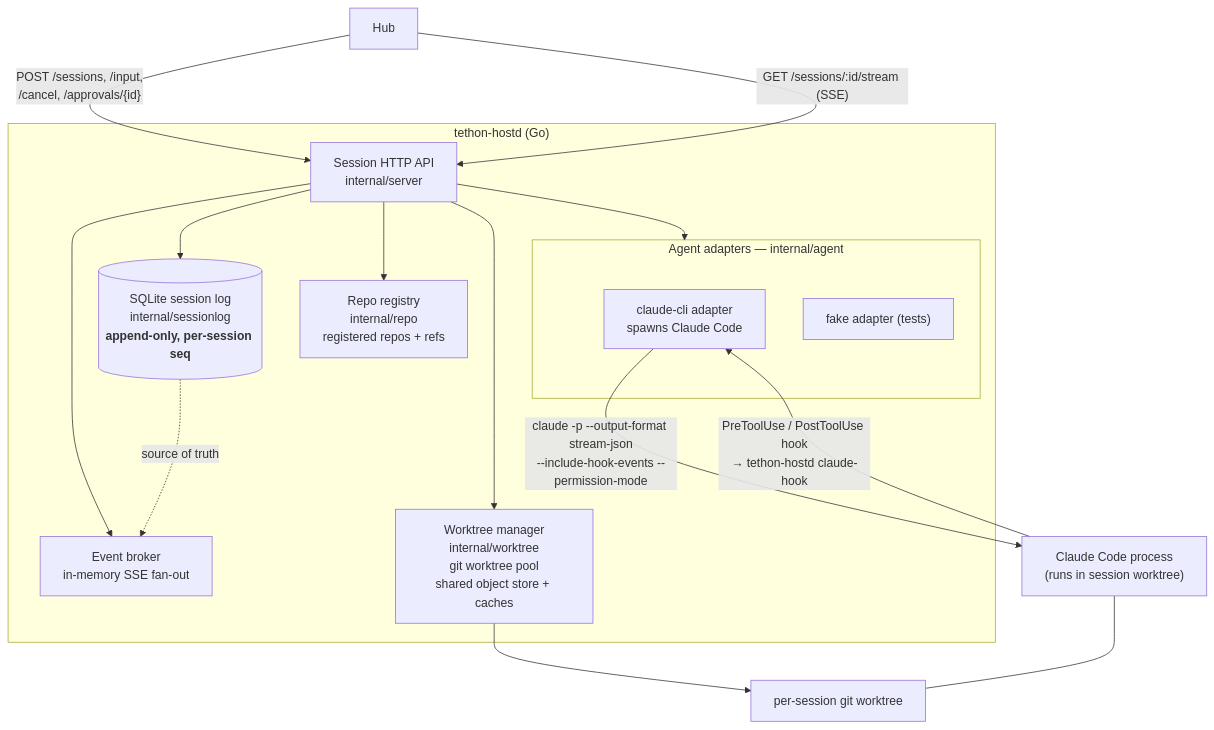
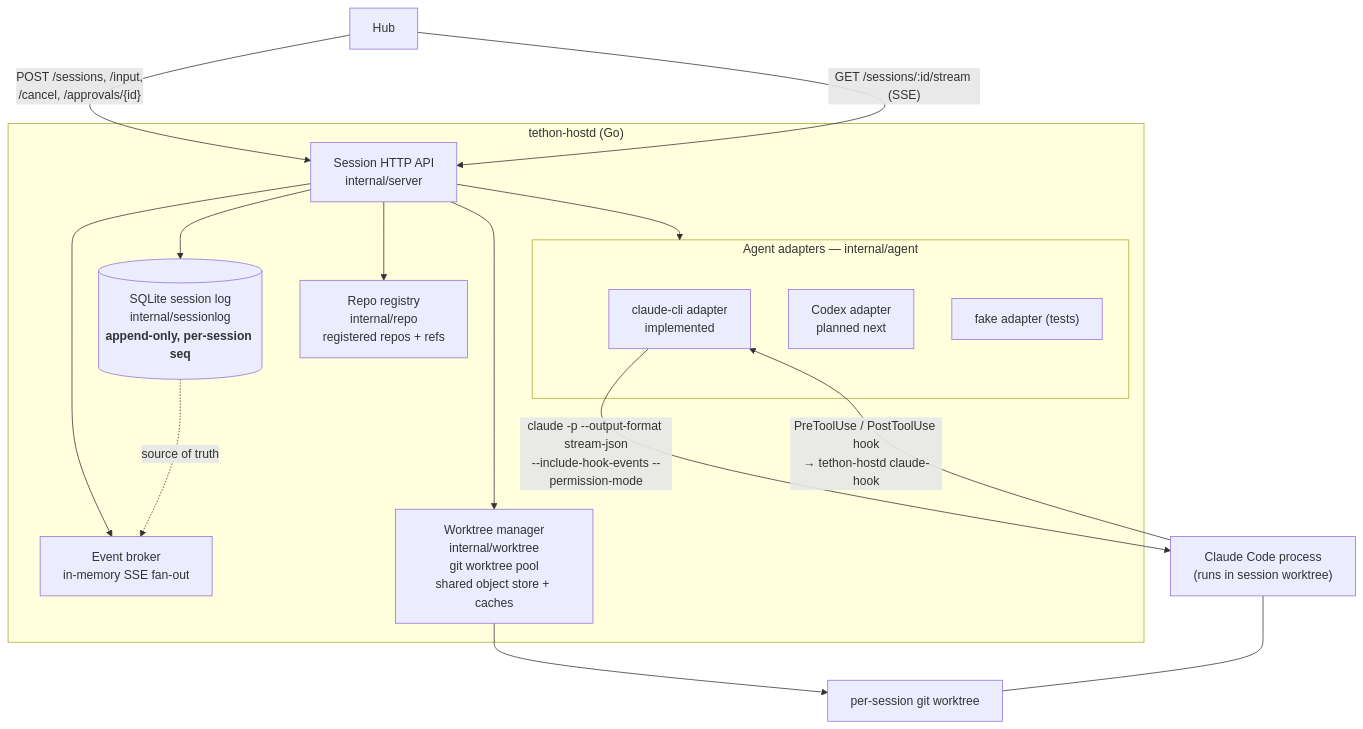
Before and after one commit to JustinyAhin/tethon: the second of 3 diagrams in README.md, drawn with Mermaid. The commit also changed other lines of this file and 4 other files, not shown here.

````diff
--- a/README.md
+++ b/README.md
@@ -46,30 +66,31 @@
 ```mermaid
 flowchart TB
     hub["Hub"] -->|"POST /sessions, /input,<br/>/cancel, /approvals/{id}"| api
     hub -->|"GET /sessions/:id/stream (SSE)"| api
 
     subgraph hostd["tethon-hostd (Go)"]
         api["Session HTTP API<br/>internal/server"]
         broker["Event broker<br/>in-memory SSE fan-out"]
         store[("SQLite session log<br/>internal/sessionlog<br/><b>append-only, per-session seq</b>")]
         repo["Repo registry<br/>internal/repo<br/>registered repos + refs"]
         wt["Worktree manager<br/>internal/worktree<br/>git worktree pool<br/>shared object store + caches"]
 
         subgraph adapters["Agent adapters — internal/agent"]
-            claude["claude-cli adapter<br/>spawns Claude Code"]
+            claude["claude-cli adapter<br/>implemented"]
+            codex["Codex adapter<br/>planned next"]
             fake["fake adapter (tests)"]
         end
 
         api --> store
         api --> broker
         api --> repo
         api --> wt
         api --> adapters
         store -. "source of truth" .-> broker
     end
 
     claude -->|"claude -p --output-format stream-json<br/>--include-hook-events --permission-mode"| proc["Claude Code process<br/>(runs in session worktree)"]
     proc -->|"PreToolUse / PostToolUse hook<br/>→ tethon-hostd claude-hook"| claude
     wt --> tree["per-session git worktree"]
     proc --- tree
 ```
````
